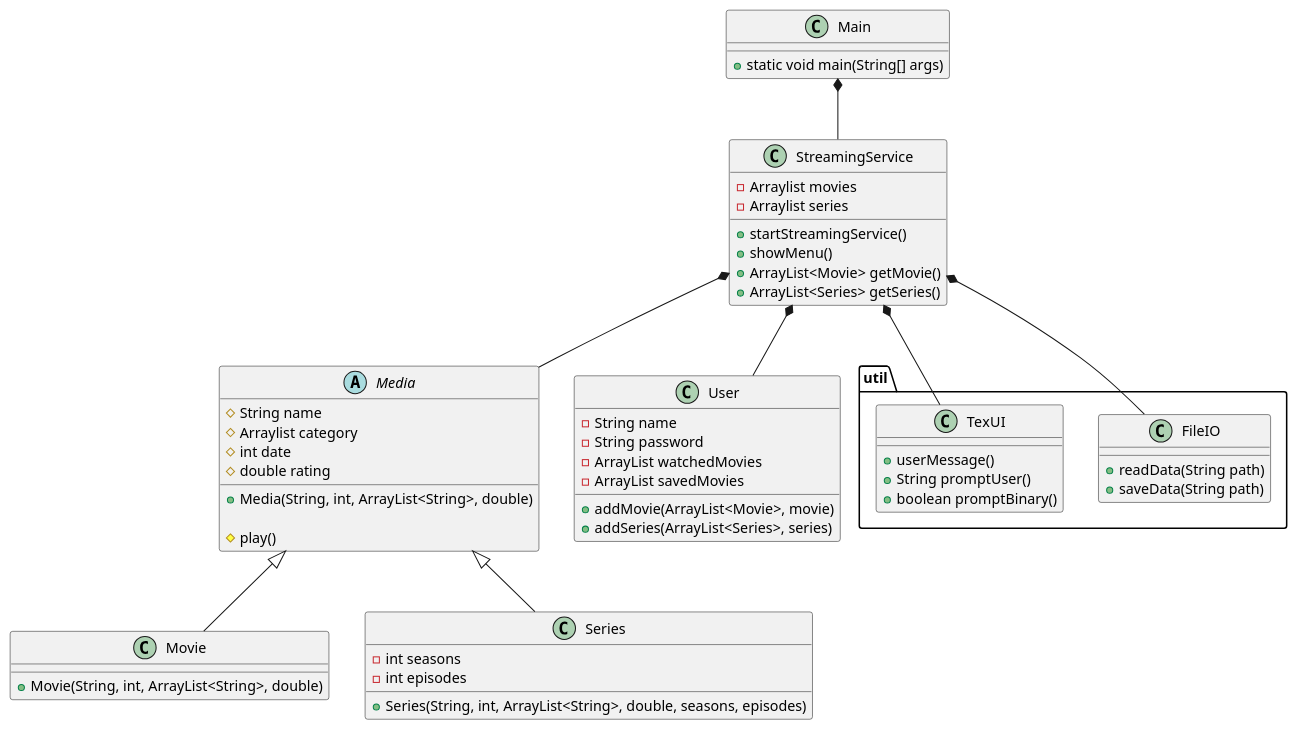
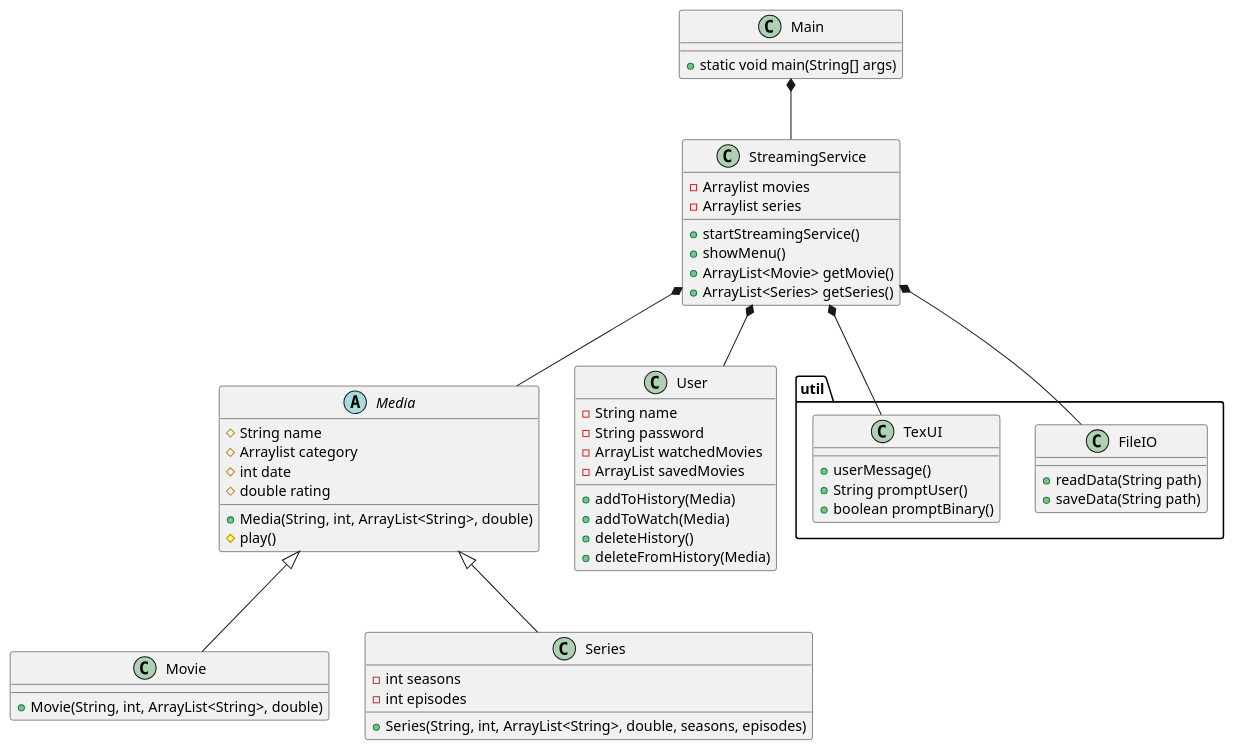
Before and after one commit to Studiegruppe-B/SP3-Streamingtjeneste: the diagram in doc/static/classDiagram.puml, drawn with PlantUML.

Commit message:
class diagram update

```diff
--- a/doc/static/classDiagram.puml
+++ b/doc/static/classDiagram.puml
@@ -1,69 +1,70 @@
 @startuml
 class Main{
 + static void main(String[] args)
 
 }
 
 class StreamingService{
 - Arraylist movies
 - Arraylist series
 + startStreamingService()
 + showMenu()
 + ArrayList<Movie> getMovie()
 + ArrayList<Series> getSeries()
 }
 
 
 
 
 abstract class Media{
 # String name
 # Arraylist category
 # int date
 # double rating
 + Media(String, int, ArrayList<String>, double)
-
 # play()
 }
 
 class Movie{
 + Movie(String, int, ArrayList<String>, double)
 }
 
 class Series{
 + Series(String, int, ArrayList<String>, double, seasons, episodes)
 - int seasons
 - int episodes
 }
 
 class User{
 - String name
 - String password
 - ArrayList watchedMovies
 - ArrayList savedMovies
-+ addMovie(ArrayList<Movie>, movie)
-+ addSeries(ArrayList<Series>, series)
++ addToHistory(Media)
++ addToWatch(Media)
++ deleteHistory()
++ deleteFromHistory(Media)
 }
 
 package "util"{
 static class FileIO{
 + readData(String path)
 + saveData(String path)
 }
 
 static class TexUI{
 + userMessage()
 + String promptUser()
 + boolean promptBinary()
 
 }
 }
 
 Main *-- StreamingService
 StreamingService *-- Media
 StreamingService *-- FileIO
 StreamingService *-- TexUI
 StreamingService *-- User
 Media <|-- Movie
 Media <|-- Series
 @enduml
```
